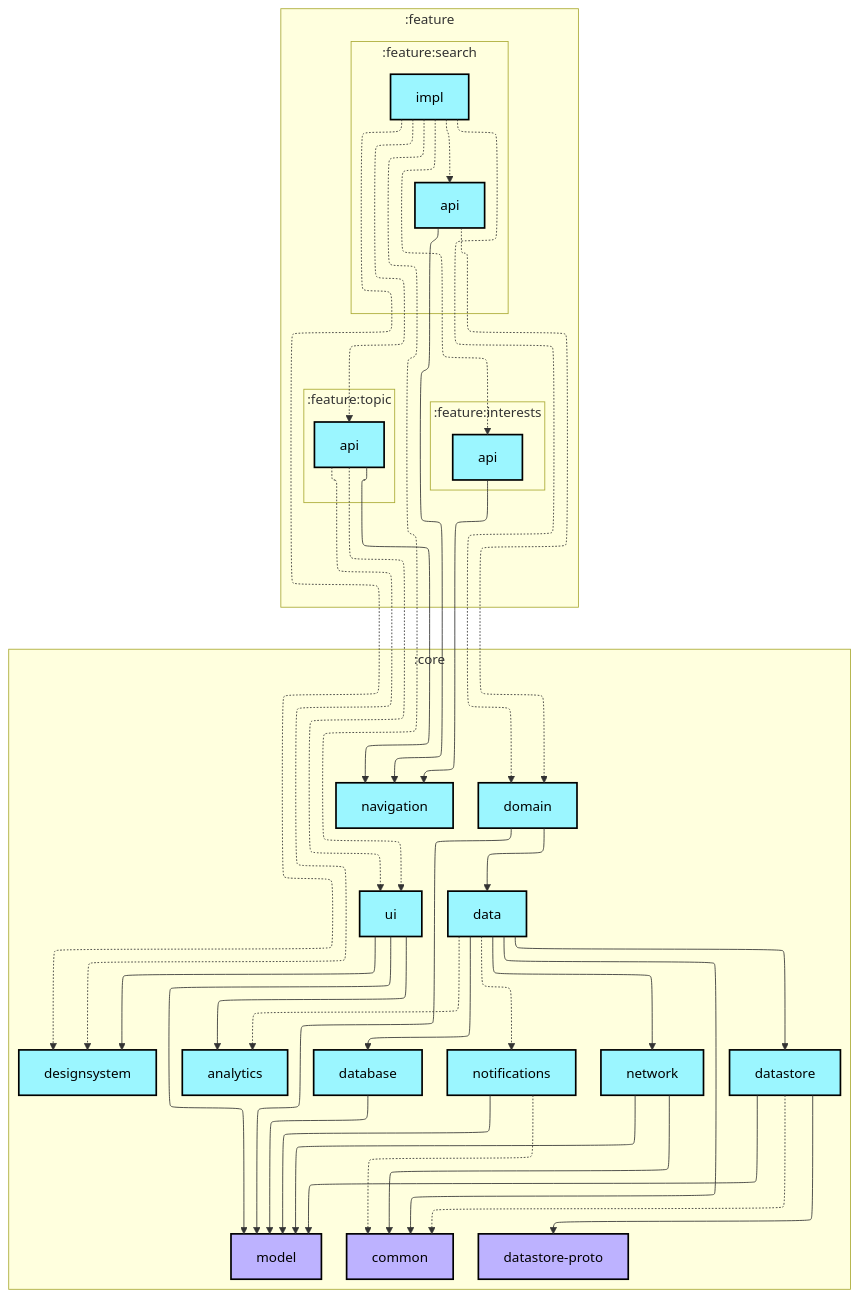
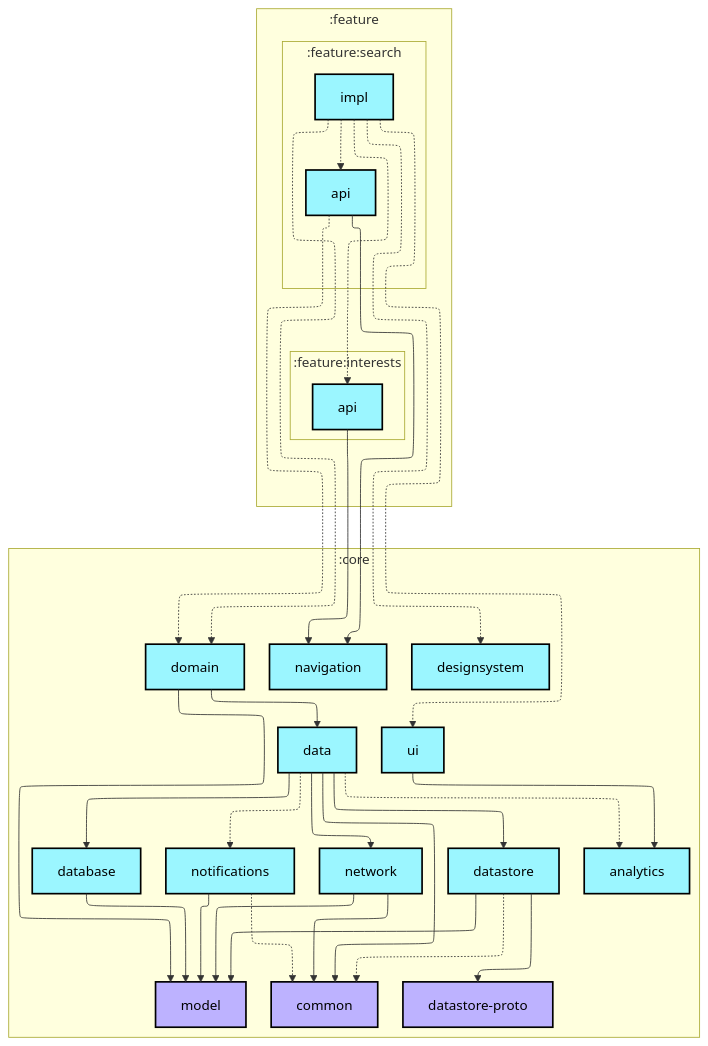
The first of 2 diagrams in feature/search/impl/README.md (weiyuhl/nowinandroidtest), drawn with Mermaid before and after one commit. The commit also changed 145 other files, not shown here.

````diff
--- a/feature/search/impl/README.md
+++ b/feature/search/impl/README.md
@@ -6,80 +6,70 @@
 ```mermaid
 ---
 config:
   layout: elk
   elk:
     nodePlacementStrategy: SIMPLE
 ---
 graph TB
   subgraph :feature
     direction TB
     subgraph :feature:search
       direction TB
       :feature:search:api[api]:::android-library
       :feature:search:impl[impl]:::android-library
     end
     subgraph :feature:interests
       direction TB
       :feature:interests:api[api]:::android-library
-    end
-    subgraph :feature:topic
-      direction TB
-      :feature:topic:api[api]:::android-library
     end
   end
   subgraph :core
     direction TB
     :core:analytics[analytics]:::android-library
     :core:common[common]:::jvm-library
     :core:data[data]:::android-library
     :core:database[database]:::android-library
     :core:datastore[datastore]:::android-library
     :core:datastore-proto[datastore-proto]:::jvm-library
     :core:designsystem[designsystem]:::android-library
     :core:domain[domain]:::android-library
     :core:model[model]:::jvm-library
     :core:navigation[navigation]:::android-library
     :core:network[network]:::android-library
     :core:notifications[notifications]:::android-library
     :core:ui[ui]:::android-library
   end
 
   :core:data -.-> :core:analytics
   :core:data --> :core:common
   :core:data --> :core:database
   :core:data --> :core:datastore
   :core:data --> :core:network
   :core:data -.-> :core:notifications
   :core:database --> :core:model
   :core:datastore -.-> :core:common
   :core:datastore --> :core:datastore-proto
   :core:datastore --> :core:model
   :core:domain --> :core:data
   :core:domain --> :core:model
   :core:network --> :core:common
   :core:network --> :core:model
   :core:notifications -.-> :core:common
   :core:notifications --> :core:model
   :core:ui --> :core:analytics
-  :core:ui --> :core:designsystem
-  :core:ui --> :core:model
   :feature:interests:api --> :core:navigation
   :feature:search:api -.-> :core:domain
   :feature:search:api --> :core:navigation
   :feature:search:impl -.-> :core:designsystem
   :feature:search:impl -.-> :core:domain
   :feature:search:impl -.-> :core:ui
   :feature:search:impl -.-> :feature:interests:api
   :feature:search:impl -.-> :feature:search:api
-  :feature:search:impl -.-> :feature:topic:api
-  :feature:topic:api -.-> :core:designsystem
-  :feature:topic:api --> :core:navigation
-  :feature:topic:api -.-> :core:ui
 
 classDef android-application fill:#CAFFBF,stroke:#000,stroke-width:2px,color:#000;
 classDef android-feature fill:#FFD6A5,stroke:#000,stroke-width:2px,color:#000;
 classDef android-library fill:#9BF6FF,stroke:#000,stroke-width:2px,color:#000;
 classDef android-test fill:#A0C4FF,stroke:#000,stroke-width:2px,color:#000;
 classDef jvm-library fill:#BDB2FF,stroke:#000,stroke-width:2px,color:#000;
 classDef unknown fill:#FFADAD,stroke:#000,stroke-width:2px,color:#000;
 ```
````
